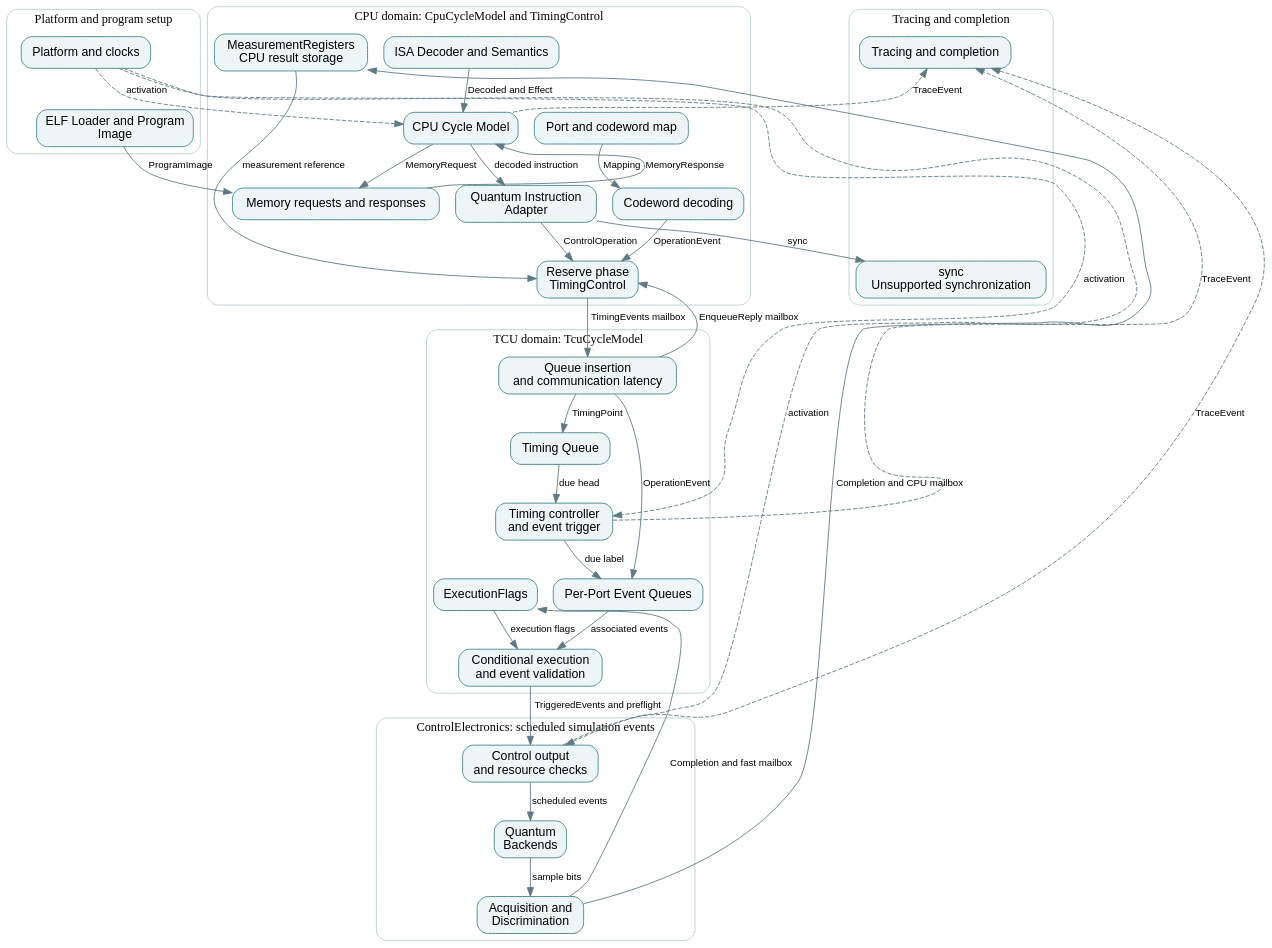
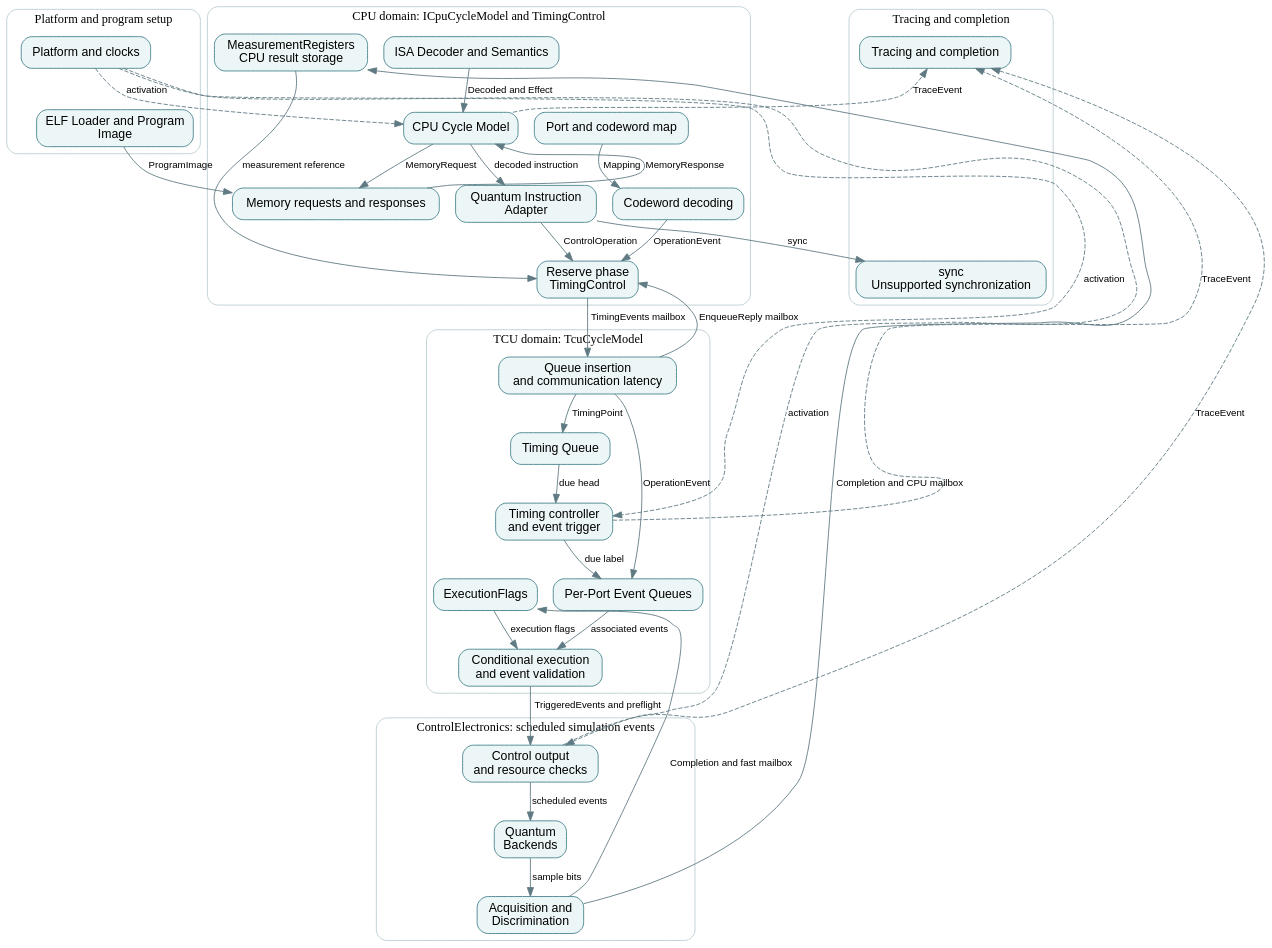
One commit to qsbit-org/qsbit-sim changed the diagram in docs/implementation.dot. Above: the diagram before and after it, drawn with Graphviz. The commit also changed 17 other files, not shown here.

```diff
--- a/docs/implementation.dot
+++ b/docs/implementation.dot
@@ -1,65 +1,65 @@
 digraph implementation {
   graph [rankdir=TB, newrank=true, bgcolor="transparent", pad=0.2, nodesep=0.25, ranksep=0.45, compound=true];
   node [shape=box, style="rounded,filled", fillcolor="#edf6f7", color="#43818a", fontname="sans-serif", fontsize=14, margin="0.12,0.08", target="_top"];
   edge [color="#607a83", fontname="sans-serif", fontsize=11];
   subgraph cluster_setup { label="Platform and program setup"; color="#bacdd2"; style="rounded";
     m0 [label="Platform and clocks", href="modules/platform-and-clock-adapter.html", id="module-platform-and-clock-adapter"];
     m1 [label="ELF Loader and Program\nImage", href="modules/elf-loader-and-program-image.html", id="module-elf-loader-and-program-image"];
   }
-  subgraph cluster_cpu { label="CPU domain: CpuCycleModel and TimingControl"; color="#bacdd2"; style="rounded";
+  subgraph cluster_cpu { label="CPU domain: ICpuCycleModel and TimingControl"; color="#bacdd2"; style="rounded";
     m2 [label="ISA Decoder and Semantics", href="modules/isa-decoder-and-semantics.html", id="module-isa-decoder-and-semantics"];
     m3 [label="CPU Cycle Model", href="modules/cpu-cycle-model.html", id="module-cpu-cycle-model"];
     m4 [label="Memory requests and responses", href="modules/memory-and-response-model.html", id="module-memory-and-response-model"];
     m5 [label="Quantum Instruction\nAdapter", href="modules/quantum-instruction-adapter.html", id="module-quantum-instruction-adapter"];
     m13 [label="Port and codeword map", href="modules/port-codeword-and-waveform-map.html", id="module-port-codeword-and-waveform-map"];
     m6 [label="Codeword decoding", href="modules/codeword-decoding.html", id="module-codeword-decoding"];
     m7 [label="Reserve phase\nTimingControl", href="modules/reserve-phase.html", id="module-reserve-phase"];
     m17 [label="MeasurementRegisters\nCPU result storage", href="modules/measurement-registers.html", id="module-measurement-registers"];
   }
   subgraph cluster_tcu { label="TCU domain: TcuCycleModel"; color="#bacdd2"; style="rounded";
     m8 [label="Queue insertion\nand communication latency", href="modules/queue-enqueue.html", id="module-queue-enqueue"];
     m9 [label="Timing Queue", href="modules/timing-queue.html", id="module-timing-queue"];
     m10 [label="Per-Port Event Queues", href="modules/per-port-event-queues.html", id="module-per-port-event-queues"];
     m11 [label="Timing controller\nand event trigger", href="modules/timing-controller.html", id="module-timing-controller"];
     m12 [label="Conditional execution\nand event validation", href="modules/conditional-execution.html", id="module-conditional-execution"];
     m18 [label="ExecutionFlags", href="modules/execution-flags.html", id="module-execution-flags"];
   }
   subgraph cluster_device { label="ControlElectronics: scheduled simulation events"; color="#bacdd2"; style="rounded";
     m14 [label="Control output\nand resource checks", href="modules/control-output.html", id="module-control-output"];
     m15 [label="Quantum\nBackends", href="modules/quantum-device-model.html", id="module-quantum-device-model"];
     m16 [label="Acquisition and\nDiscrimination", href="modules/acquisition-and-discrimination.html", id="module-acquisition-and-discrimination"];
   }
   subgraph cluster_lifecycle { label="Tracing and completion"; color="#bacdd2"; style="rounded";
     m19 [label="Tracing and completion", href="modules/trace-recorder-and-stop-controller.html", id="module-trace-recorder-and-stop-controller"];
     m20 [label="sync\nUnsupported synchronization", href="modules/future-synchronization-adapter.html", id="module-future-synchronization-adapter"];
   }
   m1 -> m4 [label="ProgramImage"];
   m4 -> m3 [constraint=false, label="MemoryResponse"];
   m3 -> m4 [label="MemoryRequest"];
   m2 -> m3 [label="Decoded and Effect"];
   m3 -> m5 [label="decoded instruction"];
   m5 -> m7 [label="ControlOperation"];
   m13 -> m6 [label="Mapping"];
   m6 -> m7 [label="OperationEvent"];
   m7 -> m8 [label="TimingEvents mailbox"];
   m8 -> m7 [constraint=false, label="EnqueueReply mailbox"];
   m8 -> m9 [label="TimingPoint"];
   m8 -> m10 [label="OperationEvent"];
   m9 -> m11 [label="due head"];
   m11 -> m10 [label="due label"];
   m10 -> m12 [label="associated events"];
   m18 -> m12 [label="execution flags"];
   m12 -> m14 [label="TriggeredEvents and preflight"];
   m14 -> m15 [label="scheduled events"];
   m15 -> m16 [label="sample bits"];
   m16 -> m17 [constraint=false, label="Completion and CPU mailbox"];
   m16 -> m18 [constraint=false, label="Completion and fast mailbox"];
   m17 -> m7 [constraint=false, label="measurement reference"];
   m5 -> m20 [label="sync"];
   m0 -> m3 [style=dashed, constraint=false, label="activation"];
   m0 -> m11 [style=dashed, constraint=false, label="activation"];
   m0 -> m14 [style=dashed, constraint=false, label="activation"];
   m3 -> m19 [style=dashed, constraint=false, label="TraceEvent"];
   m11 -> m19 [style=dashed, constraint=false, label="TraceEvent"];
   m14 -> m19 [style=dashed, constraint=false, label="TraceEvent"];
 }
```
